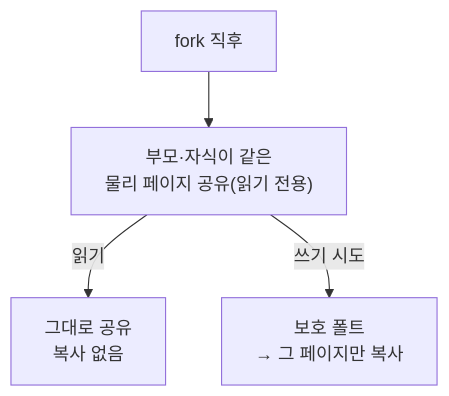
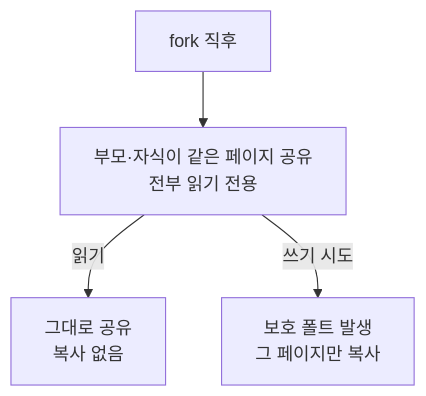
One commit to Byeongchan99/CS-Card changed the first of 3 diagrams in summary-notes/운영체제.md. Above: the diagram before and after it, drawn with Mermaid. The commit also changed other lines of this file and 2 other files, not shown here.

First line of the commit message:
운영체제 요약 노트: 다이어그램 18개 재디자인 + mermaid 테마 통일

````diff
--- a/summary-notes/운영체제.md
+++ b/summary-notes/운영체제.md
@@ -399,6 +344,6 @@
 ```mermaid
 flowchart TD
-    F["fork 직후"] --> S["부모·자식이 같은<br/>물리 페이지 공유(읽기 전용)"]
+    F["fork 직후"] --> S["부모·자식이 같은 페이지 공유<br/>전부 읽기 전용"]
     S -->|"읽기"| R["그대로 공유<br/>복사 없음"]
-    S -->|"쓰기 시도"| W["보호 폴트<br/>→ 그 페이지만 복사"]
+    S -->|"쓰기 시도"| W["보호 폴트 발생<br/>그 페이지만 복사"]:::accent
 ```
````
